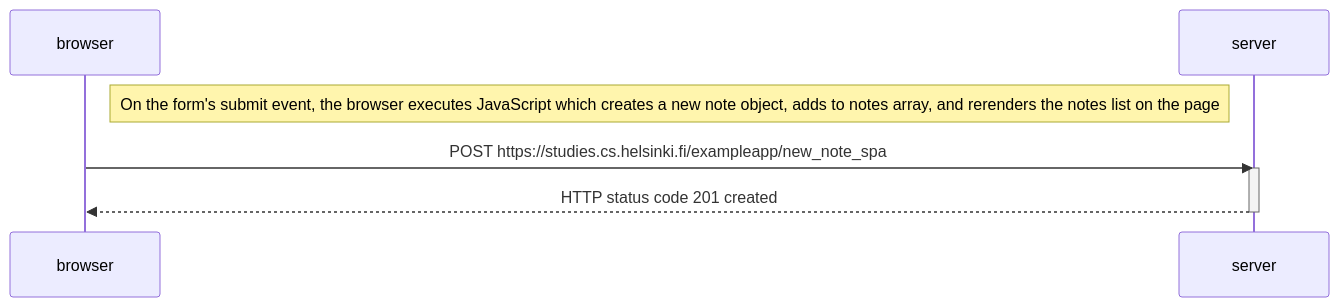
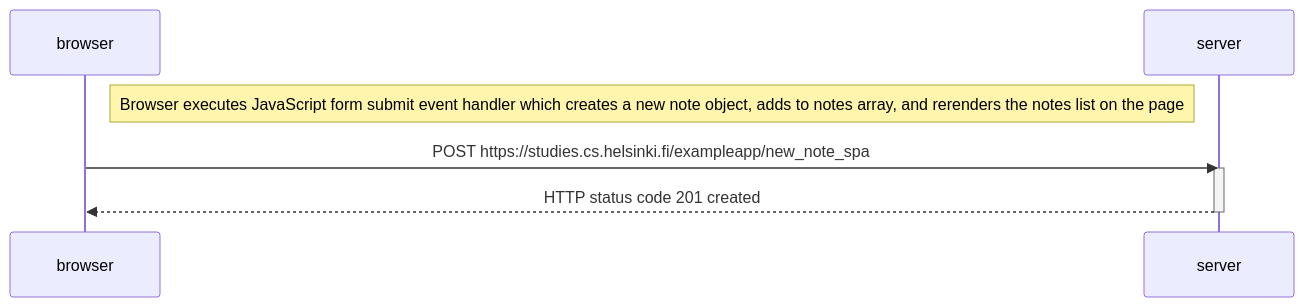
One commit to atunio1/Full-Stack-Open changed the diagram in part0/exercise6.md. Above: the diagram before and after it, drawn with Mermaid.

````diff
--- a/part0/exercise6.md
+++ b/part0/exercise6.md
@@ -4,12 +4,12 @@
 ```mermaid
 
 sequenceDiagram
     participant browser
     participant server
 
-    Note right of browser: On the form's submit event, the browser executes JavaScript which creates a new note object, adds to notes array, and rerenders the notes list on the page
+    Note right of browser: Browser executes JavaScript form submit event handler which creates a new note object, adds to notes array, and rerenders the notes list on the page
     browser->>server: POST https://studies.cs.helsinki.fi/exampleapp/new_note_spa
     activate server
     server-->>browser: HTTP status code 201 created
     deactivate server
 ```
````
